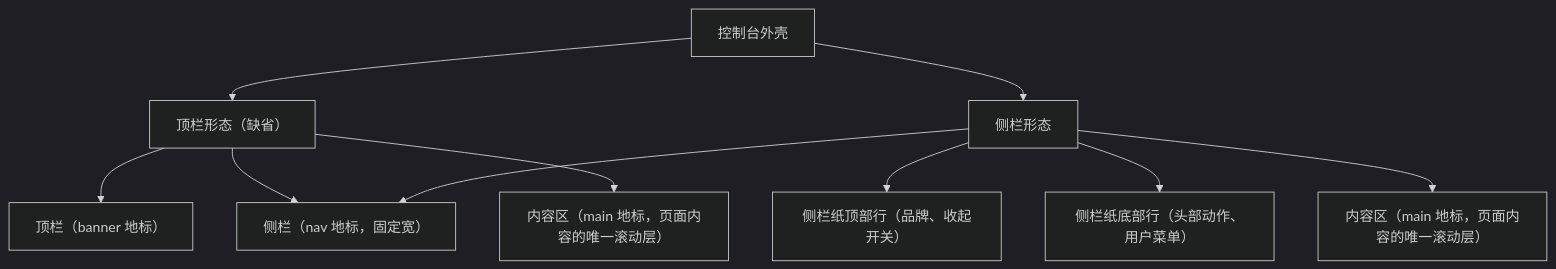
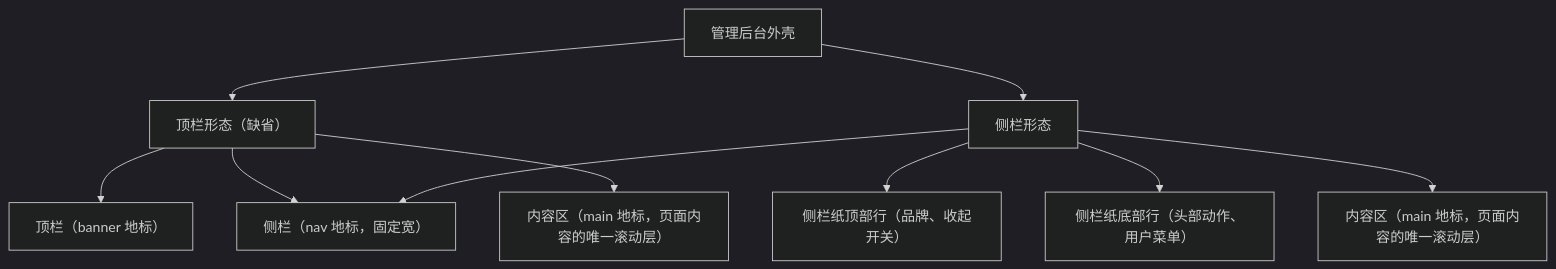
Before and after one commit to wangzw/speed: the diagram in docs/design/modules/web/design-web-layout.md, drawn with Mermaid (dark theme). The commit also changed other lines of this file and 43 other files, not shown here.

````diff
--- a/docs/design/modules/web/design-web-layout.md
+++ b/docs/design/modules/web/design-web-layout.md
@@ -139,21 +139,21 @@
 ```mermaid
 graph TD
-    shell["控制台外壳"]
+    shell["管理后台外壳"]
     topbarForm["顶栏形态（缺省）"]
     sidebarForm["侧栏形态"]
     topbar["顶栏（banner 地标）"]
     sidebar["侧栏（nav 地标，固定宽）"]
     contentA["内容区（main 地标，页面内容的唯一滚动层）"]
     topRow["侧栏纸顶部行（品牌、收起开关）"]
     bottomRow["侧栏纸底部行（头部动作、用户菜单）"]
     contentB["内容区（main 地标，页面内容的唯一滚动层）"]
     shell --> topbarForm
     shell --> sidebarForm
     topbarForm --> topbar
     topbarForm --> sidebar
     topbarForm --> contentA
     sidebarForm --> sidebar
     sidebarForm --> topRow
     sidebarForm --> bottomRow
     sidebarForm --> contentB
 ```
````
